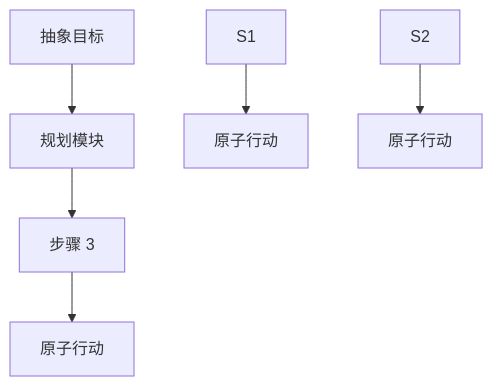
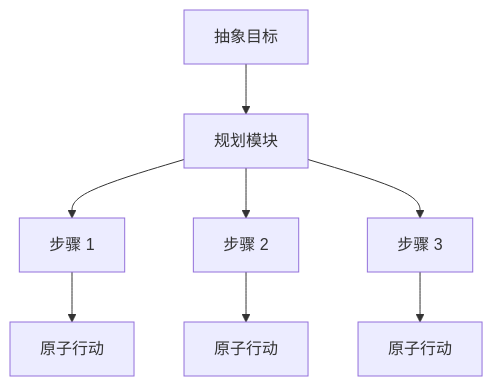
One commit to yeasy/agentic_ai_guide changed the first of 2 diagrams in 02_reasoning/2.2_decomposition.md. Above: the diagram before and after it, drawn with Mermaid. The commit also changed other lines of this file, not shown here.

Commit message:
Refine task decomposition

````diff
--- a/02_reasoning/2.2_decomposition.md
+++ b/02_reasoning/2.2_decomposition.md
@@ -9,8 +9,10 @@
 ```mermaid
 graph TD
     Goal["抽象目标"] --> Planner["规划模块"]
+    Planner --> S1["步骤 1"]
+    Planner --> S2["步骤 2"]
     Planner --> S3["步骤 3"]
     S1 --> A1["原子行动"]
     S2 --> A2["原子行动"]
     S3 --> A3["原子行动"]
 ```
````
